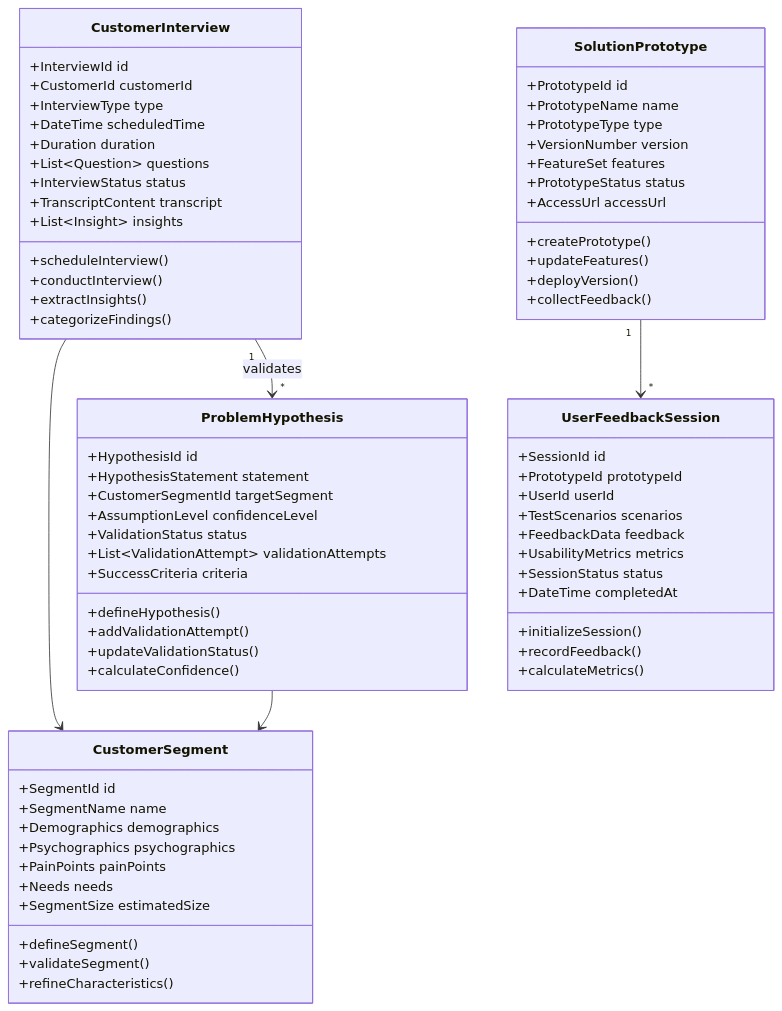
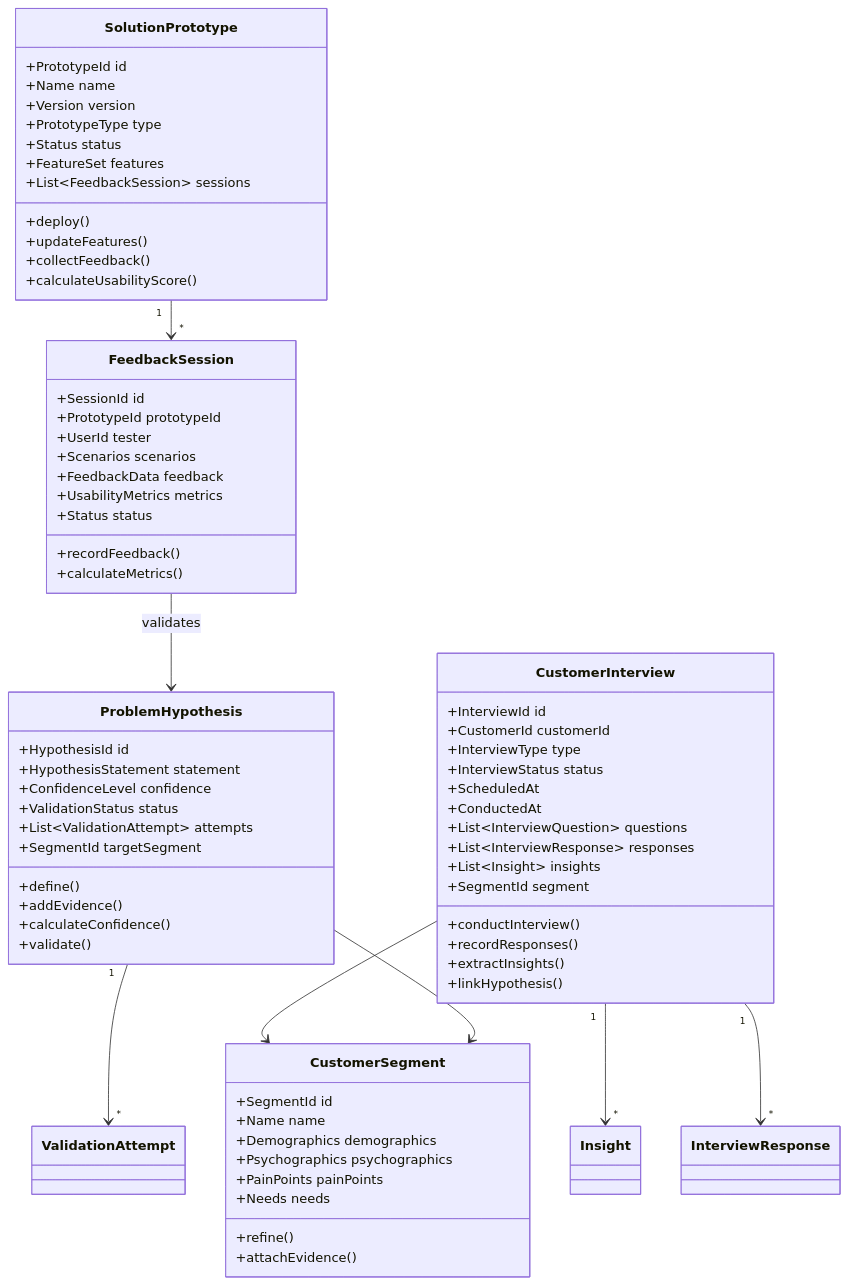
Before and after one commit to anuj-noumena/nouassist: the fourth of 32 diagrams in Docs/Requirement/DomainSpecification/StartupEntrepreneurship.md, drawn with Mermaid. The commit also changed other lines of this file and 134 other files, not shown here.

````diff
--- a/Docs/Requirement/DomainSpecification/StartupEntrepreneurship.md
+++ b/Docs/Requirement/DomainSpecification/StartupEntrepreneurship.md
@@ -428,78 +2928,77 @@
 ```mermaid
 classDiagram
     class CustomerInterview {
         +InterviewId id
         +CustomerId customerId
         +InterviewType type
-        +DateTime scheduledTime
-        +Duration duration
-        +List~Question~ questions
         +InterviewStatus status
-        +TranscriptContent transcript
+        +ScheduledAt
+        +ConductedAt
+        +List~InterviewQuestion~ questions
+        +List~InterviewResponse~ responses
         +List~Insight~ insights
-        +scheduleInterview()
+        +SegmentId segment
         +conductInterview()
+        +recordResponses()
         +extractInsights()
-        +categorizeFindings()
+        +linkHypothesis()
     }
-    
+
     class ProblemHypothesis {
         +HypothesisId id
         +HypothesisStatement statement
-        +CustomerSegmentId targetSegment
-        +AssumptionLevel confidenceLevel
+        +ConfidenceLevel confidence
         +ValidationStatus status
-        +List~ValidationAttempt~ validationAttempts
-        +SuccessCriteria criteria
-        +defineHypothesis()
-        +addValidationAttempt()
-        +updateValidationStatus()
+        +List~ValidationAttempt~ attempts
+        +SegmentId targetSegment
+        +define()
+        +addEvidence()
         +calculateConfidence()
+        +validate()
     }
-    
+
     class SolutionPrototype {
         +PrototypeId id
-        +PrototypeName name
+        +Name name
+        +Version version
         +PrototypeType type
-        +VersionNumber version
+        +Status status
         +FeatureSet features
-        +PrototypeStatus status
-        +AccessUrl accessUrl
-        +createPrototype()
+        +List~FeedbackSession~ sessions
+        +deploy()
         +updateFeatures()
-        +deployVersion()
         +collectFeedback()
+        +calculateUsabilityScore()
     }
-    
-    class UserFeedbackSession {
+
+    class FeedbackSession {
         +SessionId id
         +PrototypeId prototypeId
-        +UserId userId
-        +TestScenarios scenarios
+        +UserId tester
+        +Scenarios scenarios
         +FeedbackData feedback
         +UsabilityMetrics metrics
-        +SessionStatus status
-        +DateTime completedAt
-        +initializeSession()
+        +Status status
         +recordFeedback()
         +calculateMetrics()
     }
-    
+
     class CustomerSegment {
         +SegmentId id
-        +SegmentName name
+        +Name name
         +Demographics demographics
         +Psychographics psychographics
         +PainPoints painPoints
         +Needs needs
-        +SegmentSize estimatedSize
-        +defineSegment()
-        +validateSegment()
-        +refineCharacteristics()
+        +refine()
+        +attachEvidence()
     }
 
+    ProblemHypothesis "1" --> "*" ValidationAttempt
+    CustomerInterview "1" --> "*" Insight
+    CustomerInterview "1" --> "*" InterviewResponse
+    SolutionPrototype "1" --> "*" FeedbackSession
     CustomerInterview --> CustomerSegment
     ProblemHypothesis --> CustomerSegment
-    SolutionPrototype "1" --> "*" UserFeedbackSession
-    CustomerInterview "1" --> "*" ProblemHypothesis : validates
+    FeedbackSession --> ProblemHypothesis : validates
 ```
````
